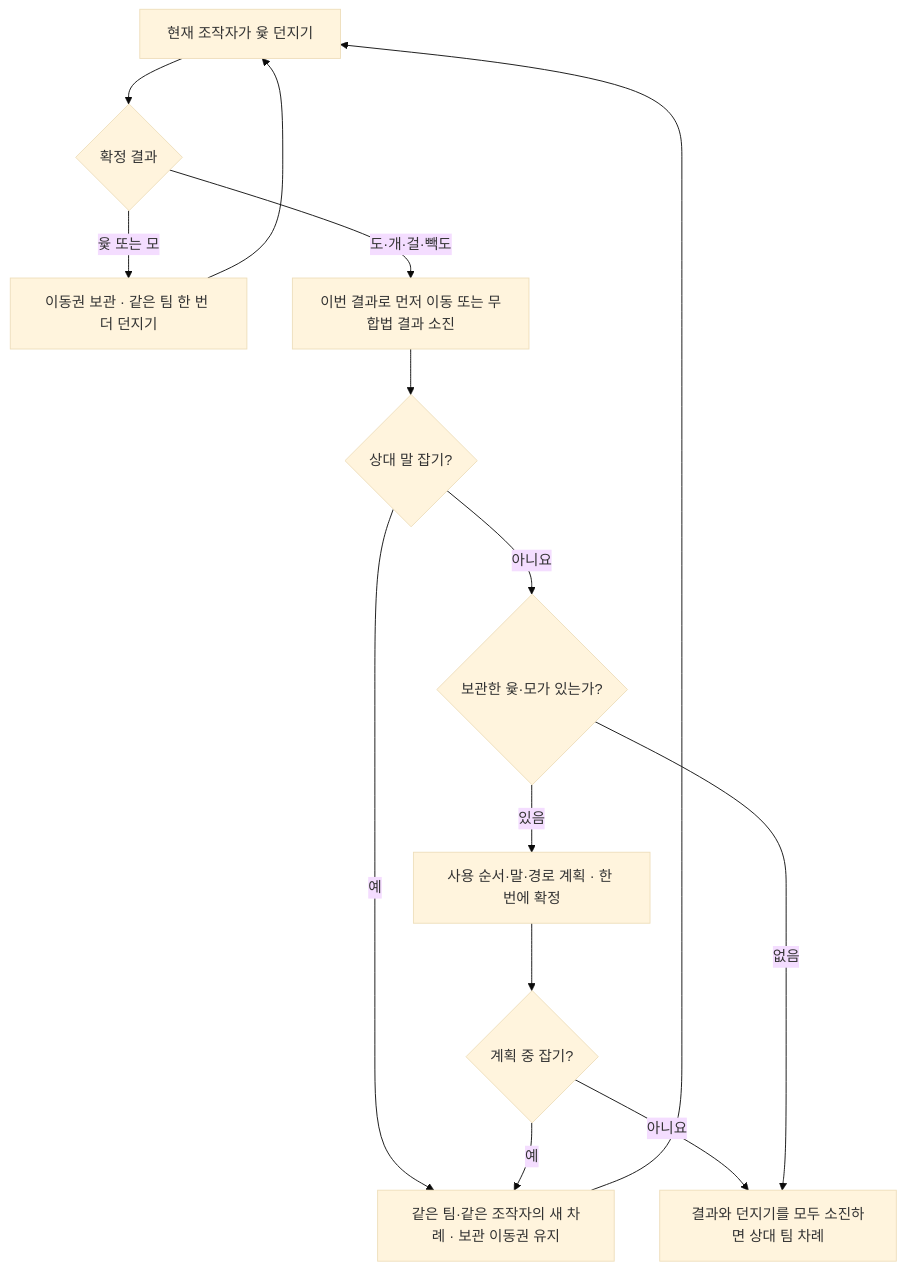
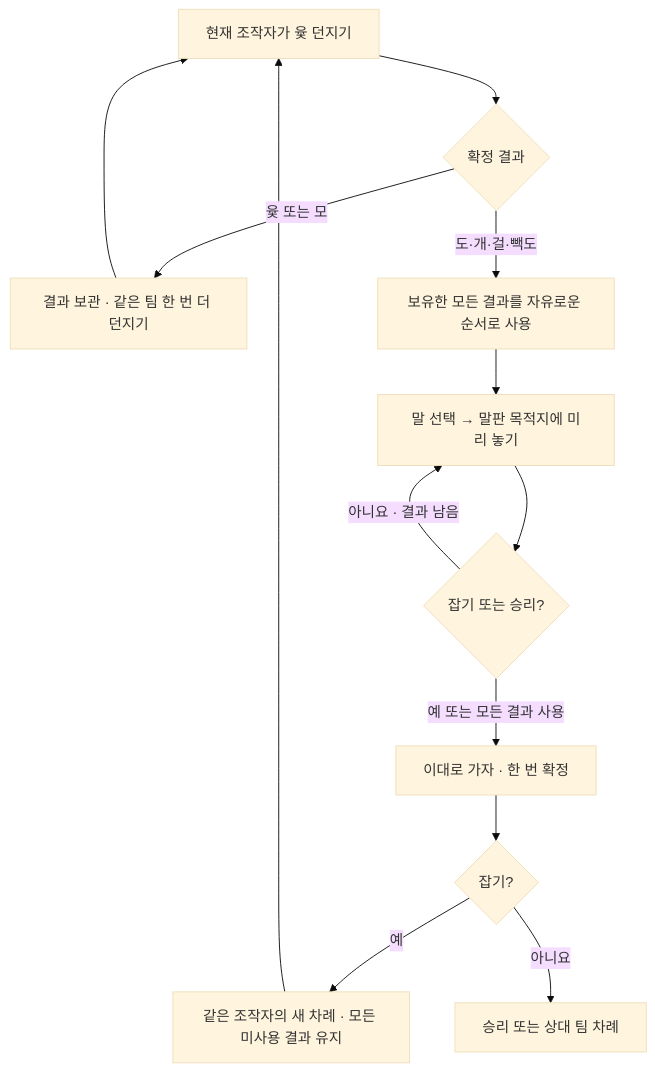
Before and after one commit to comfuture/bighouse: the diagram in docs/yutnori.md, drawn with Mermaid (base theme). The commit also changed other lines of this file and 11 other files, not shown here.

````diff
--- a/docs/yutnori.md
+++ b/docs/yutnori.md
@@ -67,16 +67,15 @@
 ```mermaid
 flowchart TD
   A[현재 조작자가 윷 던지기] --> B{확정 결과}
-  B -->|윷 또는 모| C[이동권 보관 · 같은 팀 한 번 더 던지기]
+  B -->|윷 또는 모| C[결과 보관 · 같은 팀 한 번 더 던지기]
   C --> A
-  B -->|도·개·걸·빽도| D[이번 결과로 먼저 이동 또는 무합법 결과 소진]
-  D --> E{상대 말 잡기?}
-  E -->|예| F[같은 팀·같은 조작자의 새 차례 · 보관 이동권 유지]
-  F --> A
-  E -->|아니요| G{보관한 윷·모가 있는가?}
-  G -->|있음| H[사용 순서·말·경로 계획 · 한 번에 확정]
-  H --> I{계획 중 잡기?}
-  I -->|예| F
-  I -->|아니요| J[결과와 던지기를 모두 소진하면 상대 팀 차례]
-  G -->|없음| J
+  B -->|도·개·걸·빽도| D[보유한 모든 결과를 자유로운 순서로 사용]
+  D --> E[말 선택 → 말판 목적지에 미리 놓기]
+  E --> F{잡기 또는 승리?}
+  F -->|아니요 · 결과 남음| E
+  F -->|예 또는 모든 결과 사용| G[이대로 가자 · 한 번 확정]
+  G --> H{잡기?}
+  H -->|예| I[같은 조작자의 새 차례 · 모든 미사용 결과 유지]
+  I --> A
+  H -->|아니요| J[승리 또는 상대 팀 차례]
 ```
````
